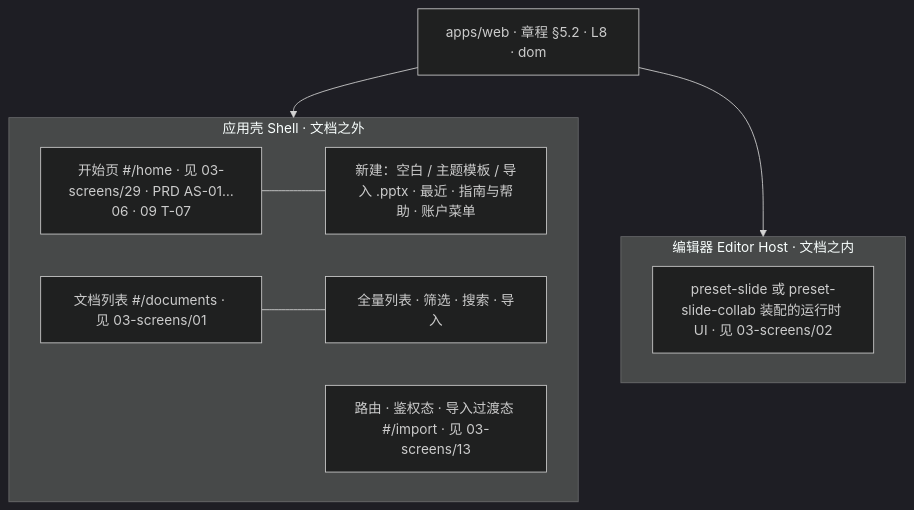
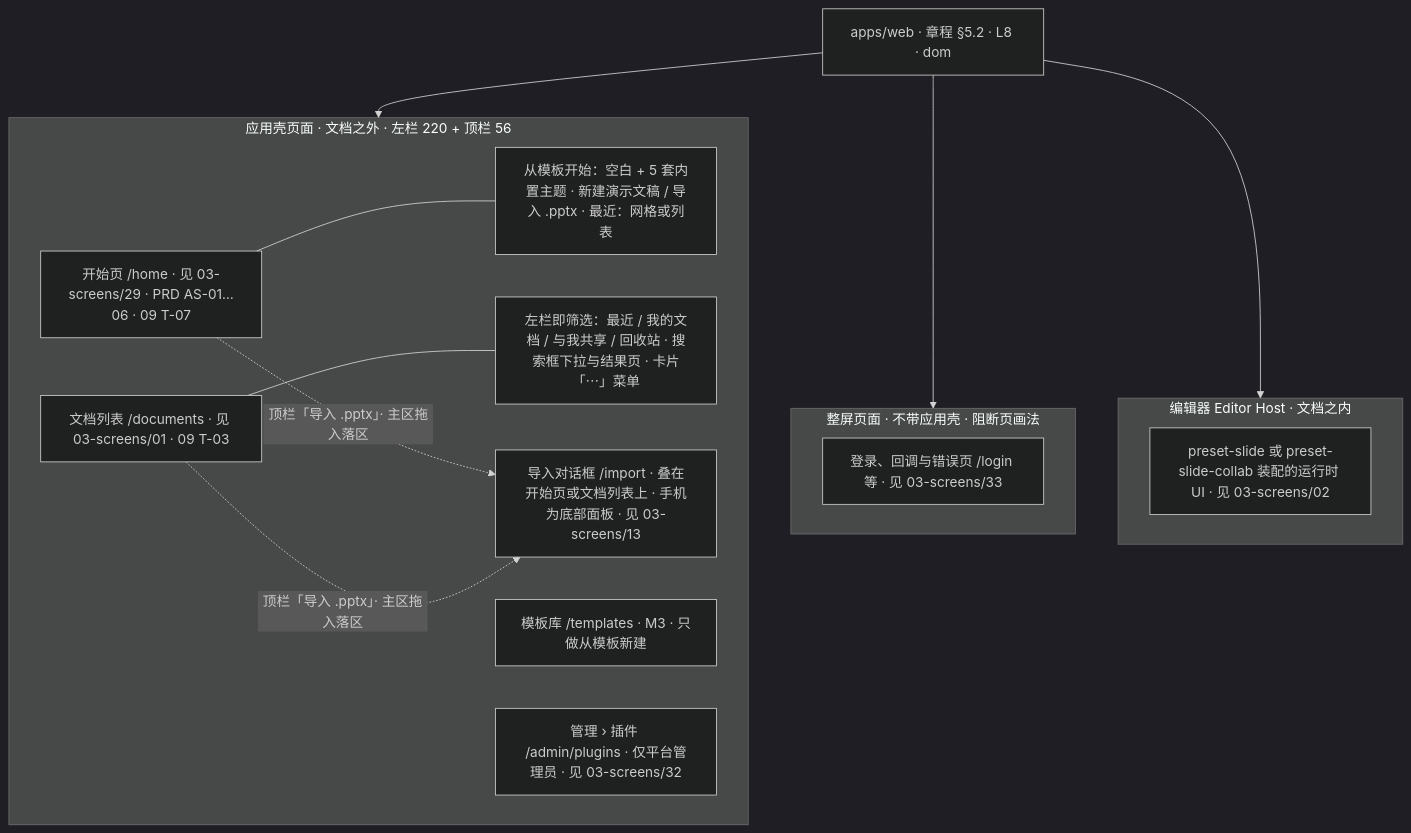
One commit to Xeonice/cordis-ppt-editor changed the first of 7 diagrams in docs/20-design/01-information-architecture.md. Above: the diagram before and after it, drawn with Mermaid (dark theme). The commit also changed other lines of this file and 44 other files, not shown here.

````diff
--- a/docs/20-design/01-information-architecture.md
+++ b/docs/20-design/01-information-architecture.md
@@ -14,18 +14,26 @@
 ```mermaid
 flowchart TB
   web["apps/web · 章程 §5.2 · L8 · dom"]
-  subgraph shell["应用壳 Shell · 文档之外"]
-    home["开始页 #/home · 见 03-screens/29 · PRD AS-01…06 · 09 T-07"]
-    homeItems["新建：空白 / 主题模板 / 导入 .pptx · 最近 · 指南与帮助 · 账户菜单"]
-    docs["文档列表 #/documents · 见 03-screens/01"]
-    docsItems["全量列表 · 筛选 · 搜索 · 导入"]
-    route["路由 · 鉴权态 · 导入过渡态 #/import · 见 03-screens/13"]
+  subgraph shell["应用壳页面 · 文档之外 · 左栏 220 + 顶栏 56"]
+    home["开始页 /home · 见 03-screens/29 · PRD AS-01…06 · 09 T-07"]
+    homeItems["从模板开始：空白 + 5 套内置主题 · 新建演示文稿 / 导入 .pptx · 最近：网格或列表"]
+    docs["文档列表 /documents · 见 03-screens/01 · 09 T-03"]
+    docsItems["左栏即筛选：最近 / 我的文档 / 与我共享 / 回收站 · 搜索框下拉与结果页 · 卡片「⋯」菜单"]
+    tpl["模板库 /templates · M3 · 只做从模板新建"]
+    admin["管理 › 插件 /admin/plugins · 仅平台管理员 · 见 03-screens/32"]
+    imp["导入对话框 /import · 叠在开始页或文档列表上 · 手机为底部面板 · 见 03-screens/13"]
+  end
+  subgraph bare["整屏页面 · 不带应用壳 · 阻断页画法"]
+    auth["登录、回调与错误页 /login 等 · 见 03-screens/33"]
   end
   subgraph editorHost["编辑器 Editor Host · 文档之内"]
     host["preset-slide 或 preset-slide-collab 装配的运行时 UI · 见 03-screens/02"]
   end
   web --> shell
+  web --> bare
   web --> editorHost
   home --- homeItems
   docs --- docsItems
+  home -.->|"顶栏「导入 .pptx」· 主区拖入落区"| imp
+  docs -.->|"顶栏「导入 .pptx」· 主区拖入落区"| imp
 ```
````
